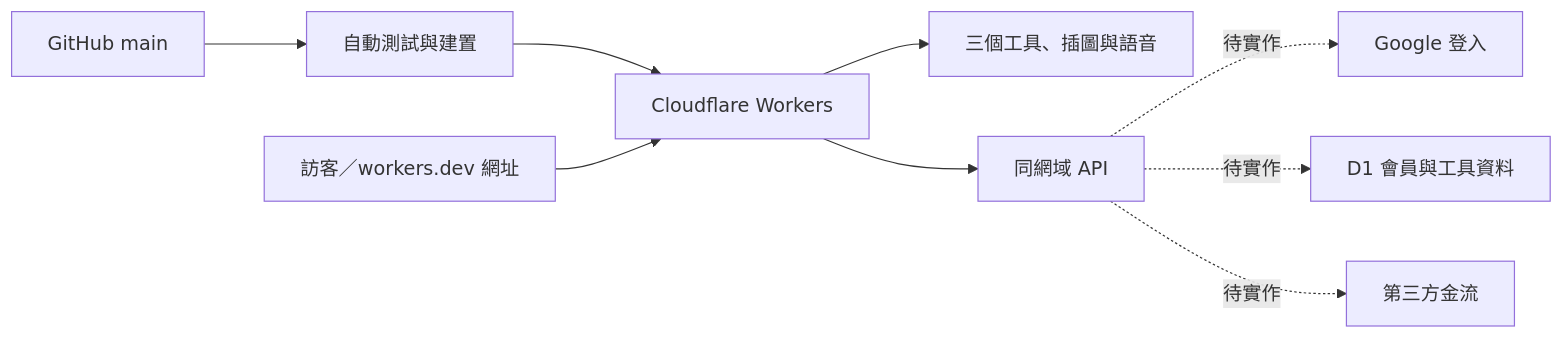
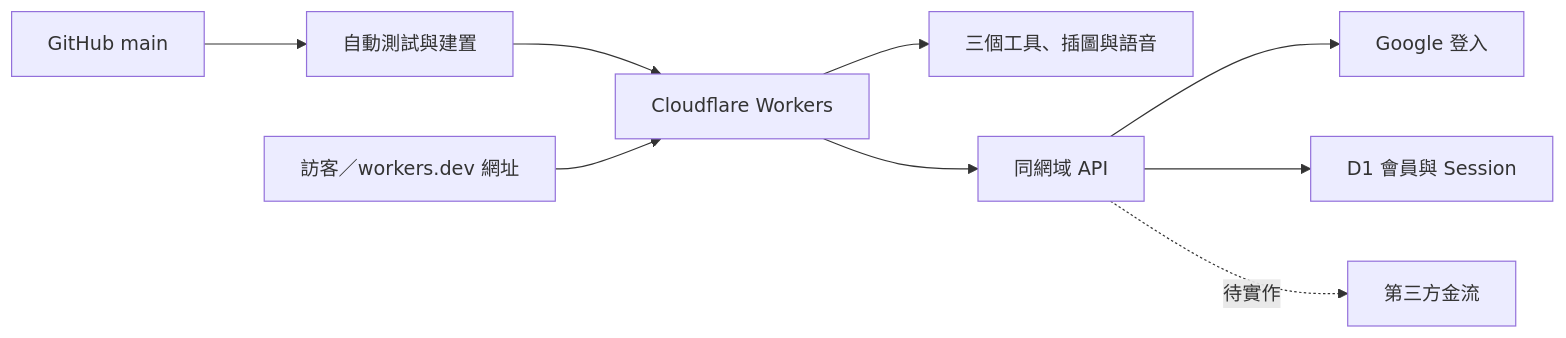
One commit to taiwanape/smallshop-pos-tw changed the diagram in docs/whatsub-architecture.md. Above: the diagram before and after it, drawn with Mermaid. The commit also changed other lines of this file and 22 other files, not shown here.

````diff
--- a/docs/whatsub-architecture.md
+++ b/docs/whatsub-architecture.md
@@ -24,11 +24,11 @@
 ```mermaid
 flowchart LR
   G[GitHub main] --> B[自動測試與建置]
   B --> W[Cloudflare Workers]
   U[訪客／workers.dev 網址] --> W
   W --> A[三個工具、插圖與語音]
   W --> API[同網域 API]
-  API -. 待實作 .-> ID[Google 登入]
-  API -. 待實作 .-> DB[D1 會員與工具資料]
+  API --> ID[Google 登入]
+  API --> DB[D1 會員與 Session]
   API -. 待實作 .-> PAY[第三方金流]
 ```
````
